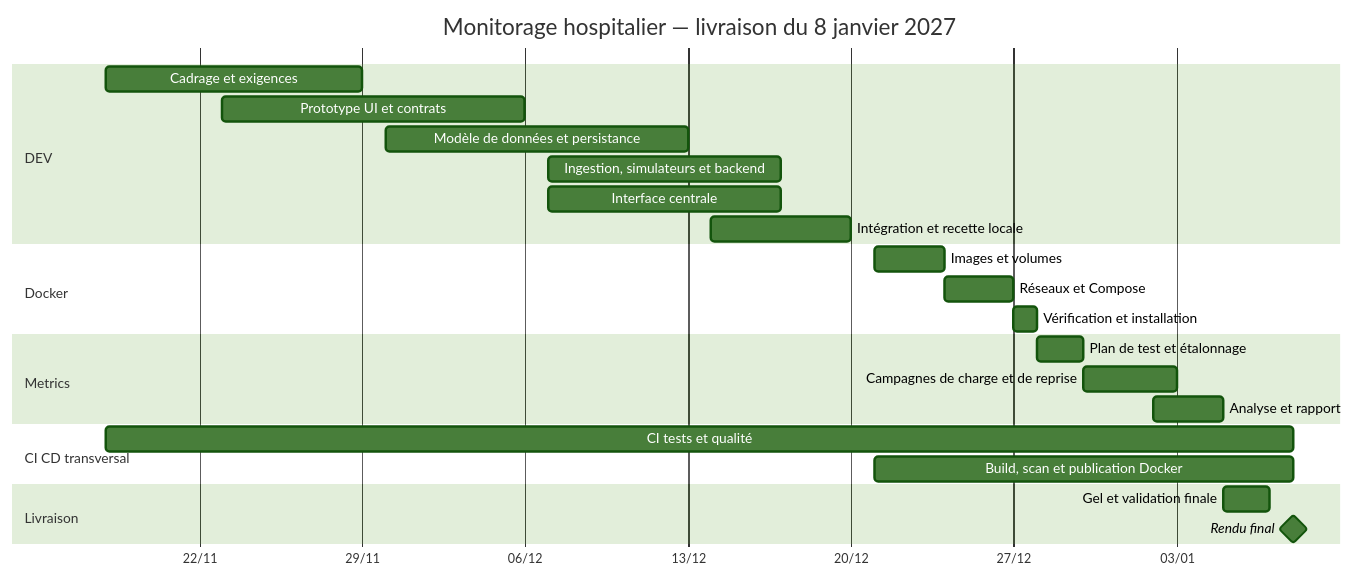
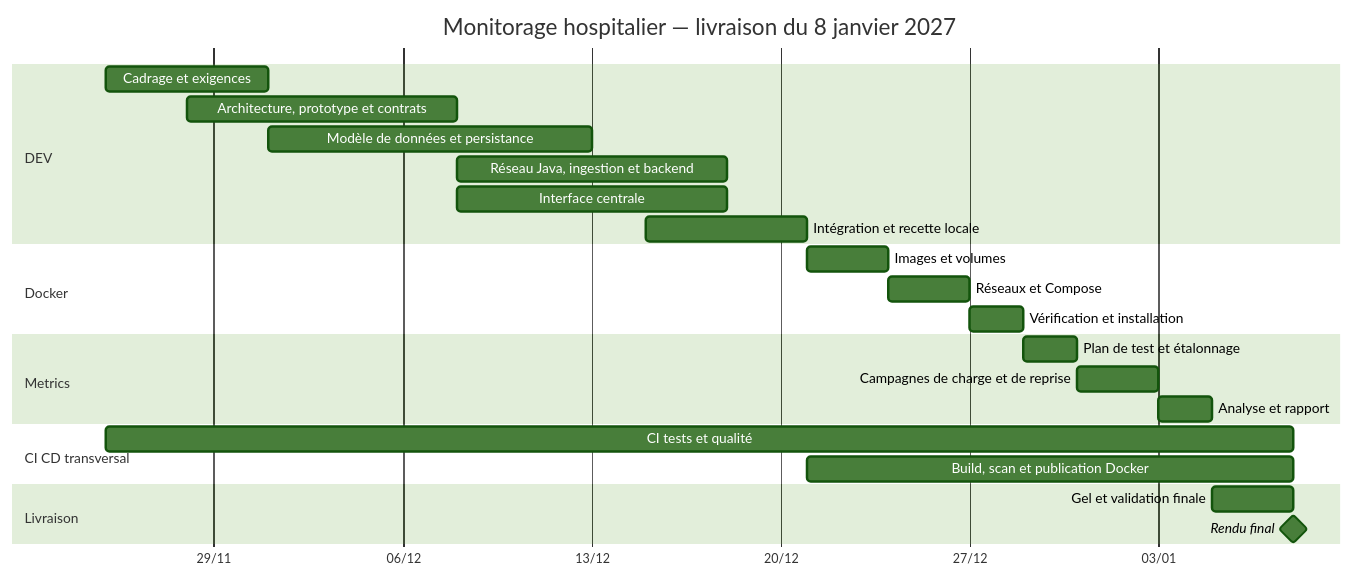
One commit to Hicha-m/simulation-remote-medical-monitoring changed the diagram in docs/analyse/monitorage-hospitalier/13-pilotage-projet/03-gantt-generique.md. Above: the diagram before and after it, drawn with Mermaid (forest theme). The commit also changed other lines of this file, not shown here.

Commit message:
docs: rebase project Gantt for three-person team

```diff
--- a/docs/analyse/monitorage-hospitalier/13-pilotage-projet/03-gantt-generique.md
+++ b/docs/analyse/monitorage-hospitalier/13-pilotage-projet/03-gantt-generique.md
@@ -47,32 +62,32 @@
 ~~~mermaid
 gantt
     title Monitorage hospitalier — livraison du 8 janvier 2027
     dateFormat YYYY-MM-DD
     axisFormat %d/%m
 
     section DEV
-    Cadrage et exigences                  :a1, 2026-11-18, 2026-11-29
-    Prototype UI et contrats              :a2, 2026-11-23, 2026-12-06
-    Modèle de données et persistance      :a3, 2026-11-30, 2026-12-13
-    Ingestion, simulateurs et backend     :a4, 2026-12-07, 2026-12-17
-    Interface centrale                    :a5, 2026-12-07, 2026-12-17
-    Intégration et recette locale         :a6, 2026-12-14, 2026-12-20
+    Cadrage et exigences                  :a1, 2026-11-25, 6d
+    Architecture, prototype et contrats  :a2, 2026-11-28, 10d
+    Modèle de données et persistance      :a3, 2026-12-01, 12d
+    Réseau Java, ingestion et backend     :a4, 2026-12-08, 10d
+    Interface centrale                    :a5, 2026-12-08, 10d
+    Intégration et recette locale         :a6, 2026-12-15, 6d
 
     section Docker
     Images et volumes                     :b1, 2026-12-21, 3d
     Réseaux et Compose                    :b2, 2026-12-24, 3d
-    Vérification et installation          :b3, 2026-12-27, 1d
+    Vérification et installation          :b3, 2026-12-27, 2d
 
     section Metrics
-    Plan de test et étalonnage            :c1, 2026-12-28, 2d
-    Campagnes de charge et de reprise     :c2, 2026-12-30, 4d
-    Analyse et rapport                    :c3, 2027-01-02, 3d
+    Plan de test et étalonnage            :c1, 2026-12-29, 2d
+    Campagnes de charge et de reprise     :c2, 2026-12-31, 3d
+    Analyse et rapport                    :c3, 2027-01-03, 2d
 
     section CI CD transversal
-    CI tests et qualité                   :d1, 2026-11-18, 2027-01-08
+    CI tests et qualité                   :d1, 2026-11-25, 2027-01-08
     Build, scan et publication Docker     :d2, 2026-12-21, 18d
 
     section Livraison
-    Gel et validation finale              :e1, 2027-01-05, 2027-01-07
+    Gel et validation finale              :e1, 2027-01-05, 3d
     Rendu final                           :milestone, e2, 2027-01-08, 0d
 ~~~
```
